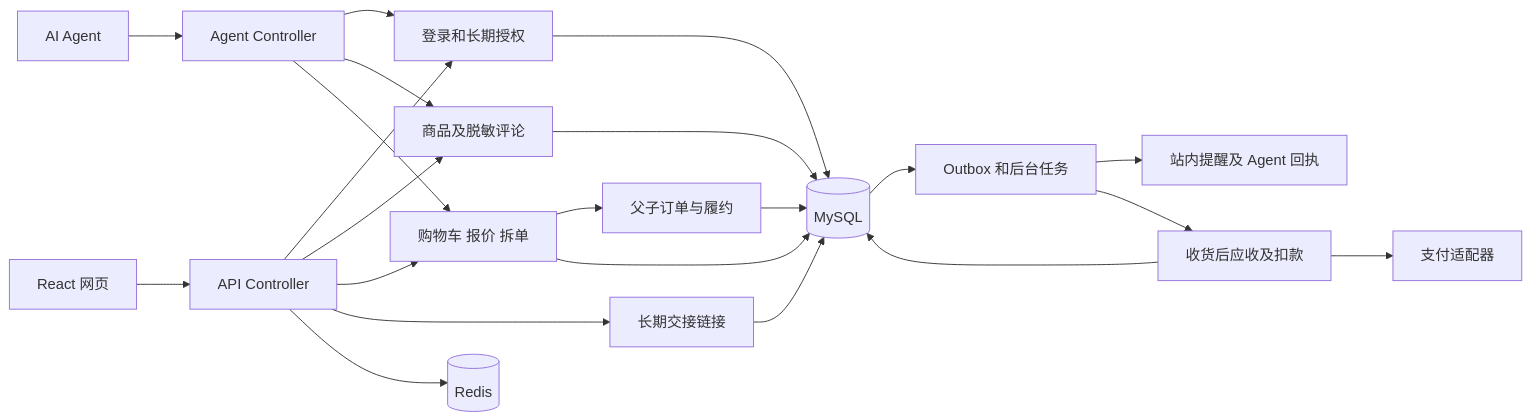
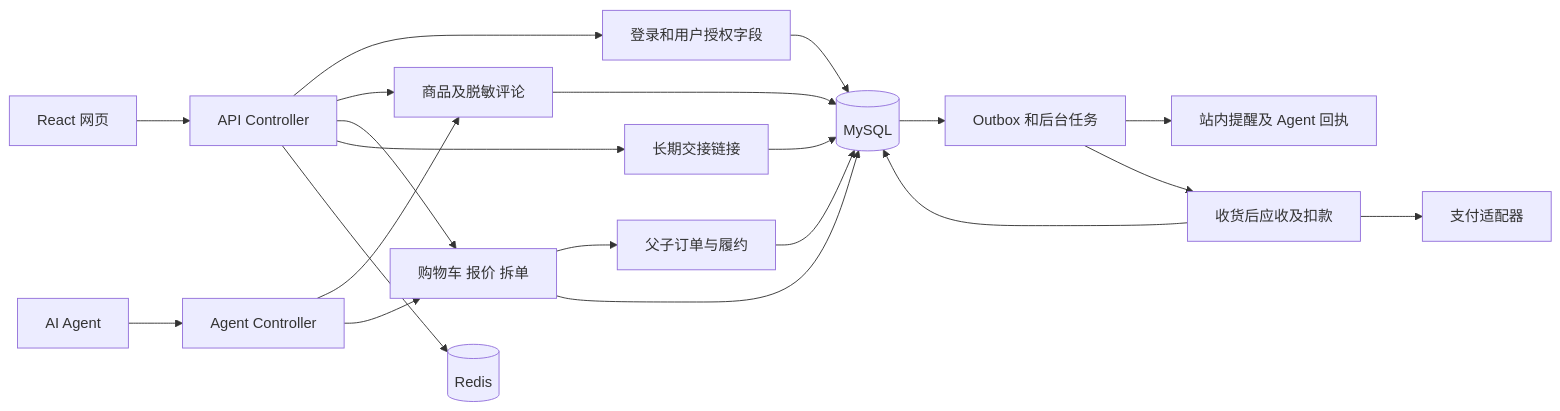
The first of 2 diagrams in docs/v0.1.0/backend-technical-design.md (sunqun/ai-shop-assistant), drawn with Mermaid before and after one commit. The commit also changed other lines of this file and 53 other files, not shown here.

````diff
--- a/docs/v0.1.0/backend-technical-design.md
+++ b/docs/v0.1.0/backend-technical-design.md
@@ -14,24 +14,23 @@
 ```mermaid
 flowchart LR
   Web[React 网页] --> API[API Controller]
   AI[AI Agent] --> Agent[Agent Controller]
-  API --> Auth[登录和长期授权]
-  Agent --> Auth
+  API --> Auth[登录和用户授权字段]
   API --> Catalog[商品及脱敏评论]
   Agent --> Catalog
   API --> Checkout[购物车 报价 拆单]
   Agent --> Checkout
   Checkout --> Orders[父子订单与履约]
   API --> Handoff[长期交接链接]
   Orders --> DB[(MySQL)]
   Auth --> DB
   Catalog --> DB
   Checkout --> DB
   Handoff --> DB
   API --> Cache[(Redis)]
   DB --> Worker[Outbox 和后台任务]
   Worker --> Notice[站内提醒及 Agent 回执]
   Worker --> Settlement[收货后应收及扣款]
   Settlement --> Provider[支付适配器]
   Settlement --> DB
 ```
````
